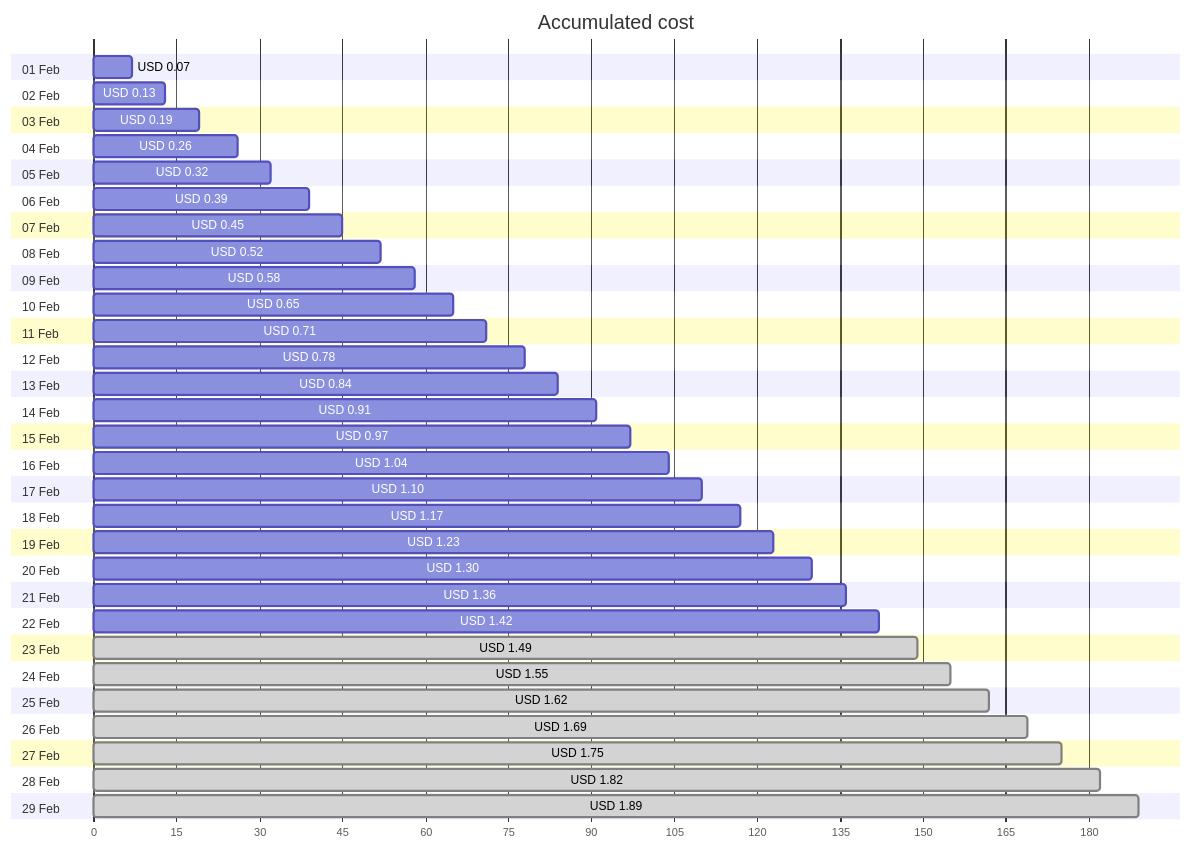
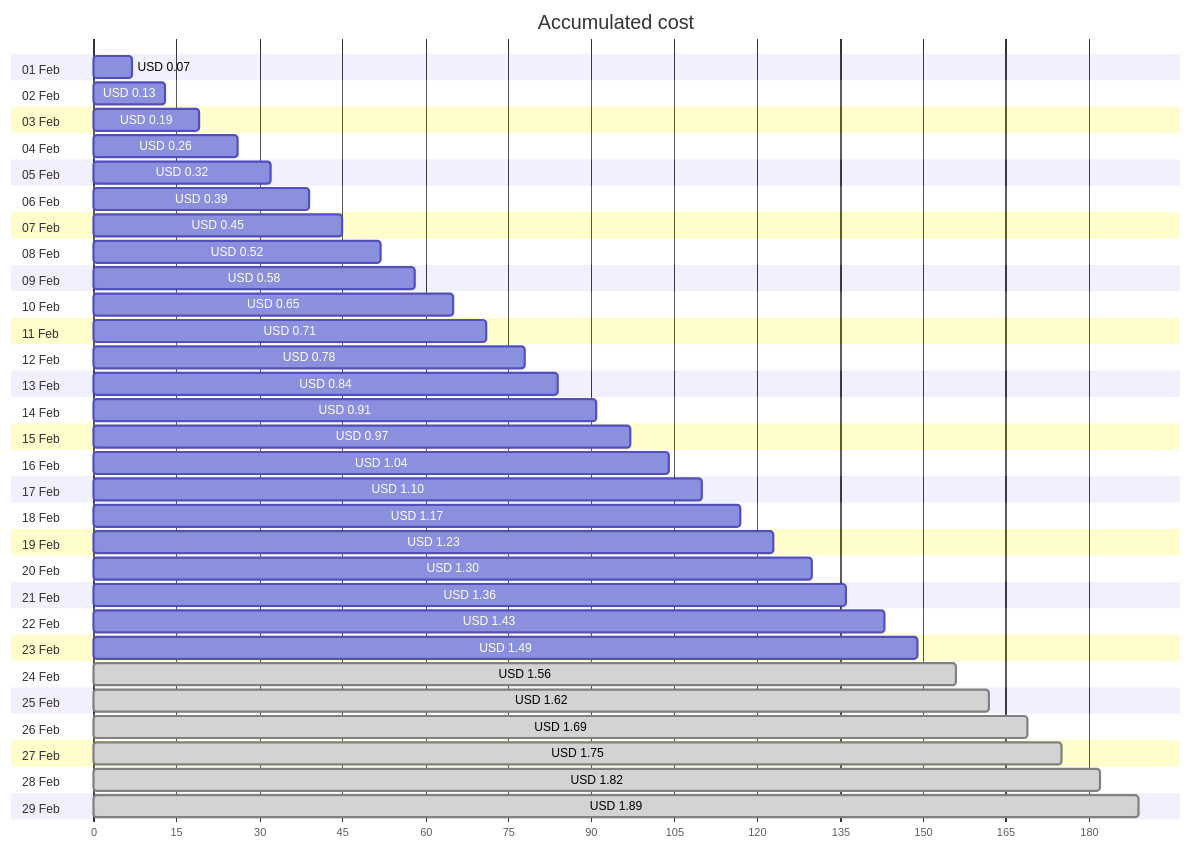
One commit to jpfulton/azure-personal-reports changed the first of 4 diagrams in cost-reports/personal-network/backup-server_OsDisk.md. Above: the diagram before and after it, drawn with Mermaid. The commit also changed other lines of this file and 8 other files, not shown here.

````diff
--- a/cost-reports/personal-network/backup-server_OsDisk.md
+++ b/cost-reports/personal-network/backup-server_OsDisk.md
@@ -20,64 +20,64 @@
 ```mermaid
 gantt
    title Accumulated cost
    dateFormat  X
    axisFormat %s
    section 01 Feb
    USD 0.07 :0, 7
    section 02 Feb
    USD 0.13 :0, 13
    section 03 Feb
    USD 0.19 :0, 19
    section 04 Feb
    USD 0.26 :0, 26
    section 05 Feb
    USD 0.32 :0, 32
    section 06 Feb
    USD 0.39 :0, 39
    section 07 Feb
    USD 0.45 :0, 45
    section 08 Feb
    USD 0.52 :0, 52
    section 09 Feb
    USD 0.58 :0, 58
    section 10 Feb
    USD 0.65 :0, 65
    section 11 Feb
    USD 0.71 :0, 71
    section 12 Feb
    USD 0.78 :0, 78
    section 13 Feb
    USD 0.84 :0, 84
    section 14 Feb
    USD 0.91 :0, 91
    section 15 Feb
    USD 0.97 :0, 97
    section 16 Feb
    USD 1.04 :0, 104
    section 17 Feb
    USD 1.10 :0, 110
    section 18 Feb
    USD 1.17 :0, 117
    section 19 Feb
    USD 1.23 :0, 123
    section 20 Feb
    USD 1.30 :0, 130
    section 21 Feb
    USD 1.36 :0, 136
    section 22 Feb
-   USD 1.42 :0, 142
+   USD 1.43 :0, 143
    section 23 Feb
-   USD 1.49 : done, 0, 149
+   USD 1.49 :0, 149
    section 24 Feb
-   USD 1.55 : done, 0, 155
+   USD 1.56 : done, 0, 156
    section 25 Feb
    USD 1.62 : done, 0, 162
    section 26 Feb
    USD 1.69 : done, 0, 169
    section 27 Feb
    USD 1.75 : done, 0, 175
    section 28 Feb
    USD 1.82 : done, 0, 182
    section 29 Feb
    USD 1.89 : done, 0, 189
 ```
````
